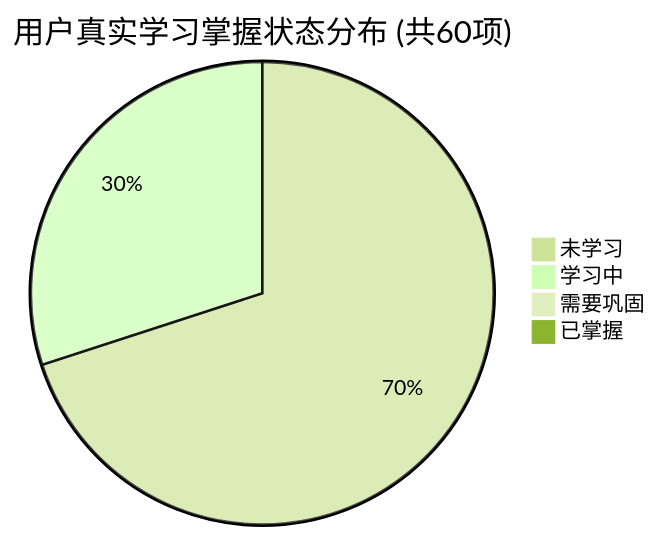
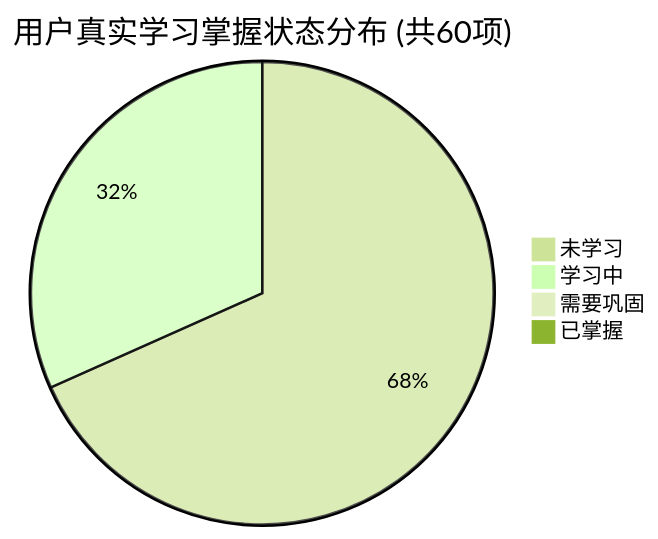
Before and after one commit to tieke1121/tech-interview-knowledge-base: the first of 2 diagrams in PROGRESS.md, drawn with Mermaid (forest theme). The commit also changed other lines of this file and 1 other file, not shown here.

````diff
--- a/PROGRESS.md
+++ b/PROGRESS.md
@@ -27,7 +27,7 @@
 ```mermaid
 pie title 用户真实学习掌握状态分布 (共60项)
-    "未学习" : 42
-    "学习中" : 18
+    "未学习" : 41
+    "学习中" : 19
     "需要巩固" : 0
     "已掌握" : 0
 ```
````
